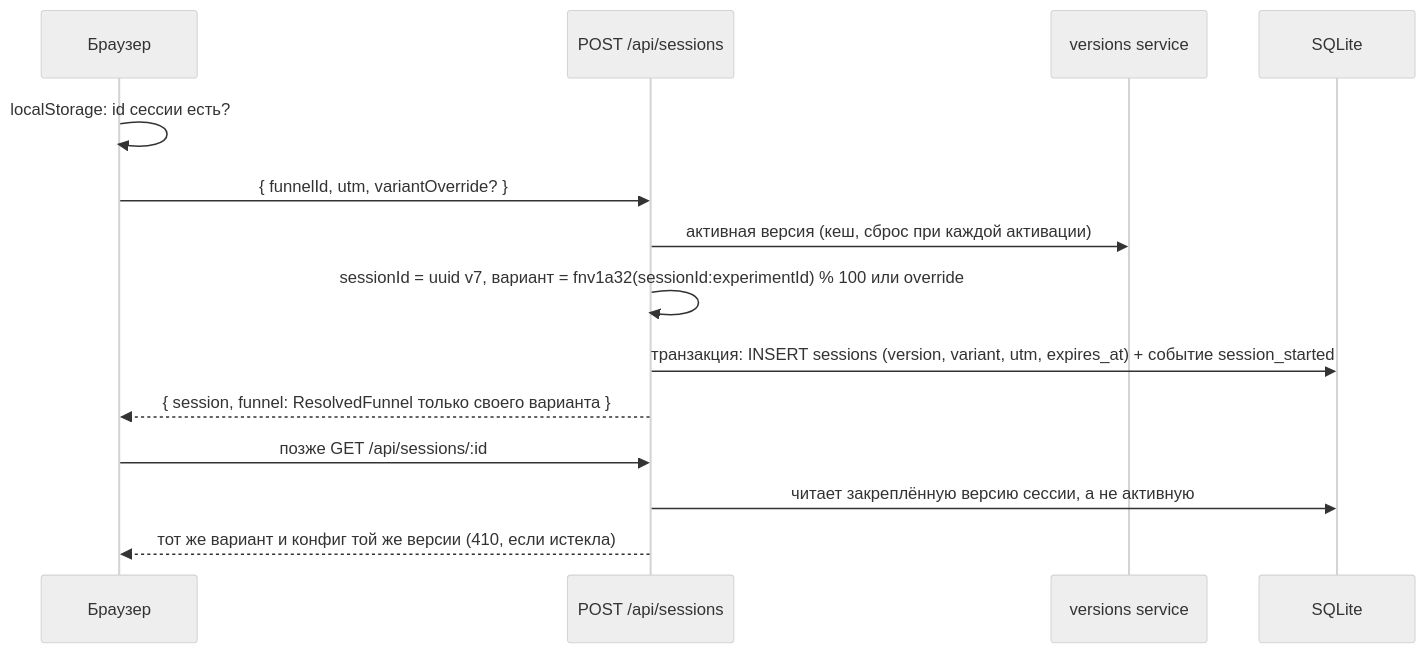
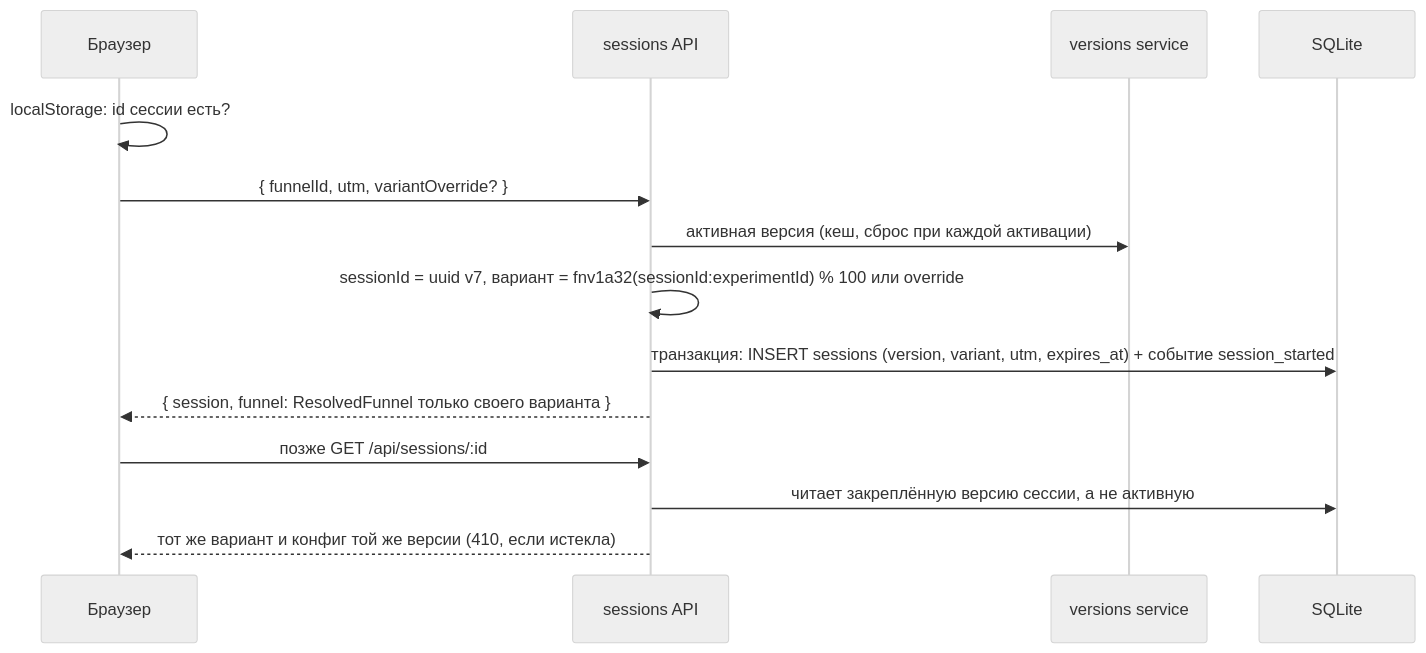
One commit to Karez79/funnel-runtime changed the second of 4 diagrams in README.md. Above: the diagram before and after it, drawn with Mermaid (neutral theme). The commit also changed other lines of this file and 2 other files, not shown here.

````diff
--- a/README.md
+++ b/README.md
@@ -72,16 +72,16 @@
 ```mermaid
 sequenceDiagram
   participant B as Браузер
-  participant API as POST /api/sessions
+  participant API as sessions API
   participant V as versions service
   participant DB as SQLite
   B->>B: localStorage: id сессии есть?
   B->>API: { funnelId, utm, variantOverride? }
   API->>V: активная версия (кеш, сброс при каждой активации)
   API->>API: sessionId = uuid v7, вариант = fnv1a32(sessionId:experimentId) % 100 или override
   API->>DB: транзакция: INSERT sessions (version, variant, utm, expires_at) + событие session_started
   API-->>B: { session, funnel: ResolvedFunnel только своего варианта }
   B->>API: позже GET /api/sessions/:id
   API->>DB: читает закреплённую версию сессии, а не активную
   API-->>B: тот же вариант и конфиг той же версии (410, если истекла)
 ```
````
